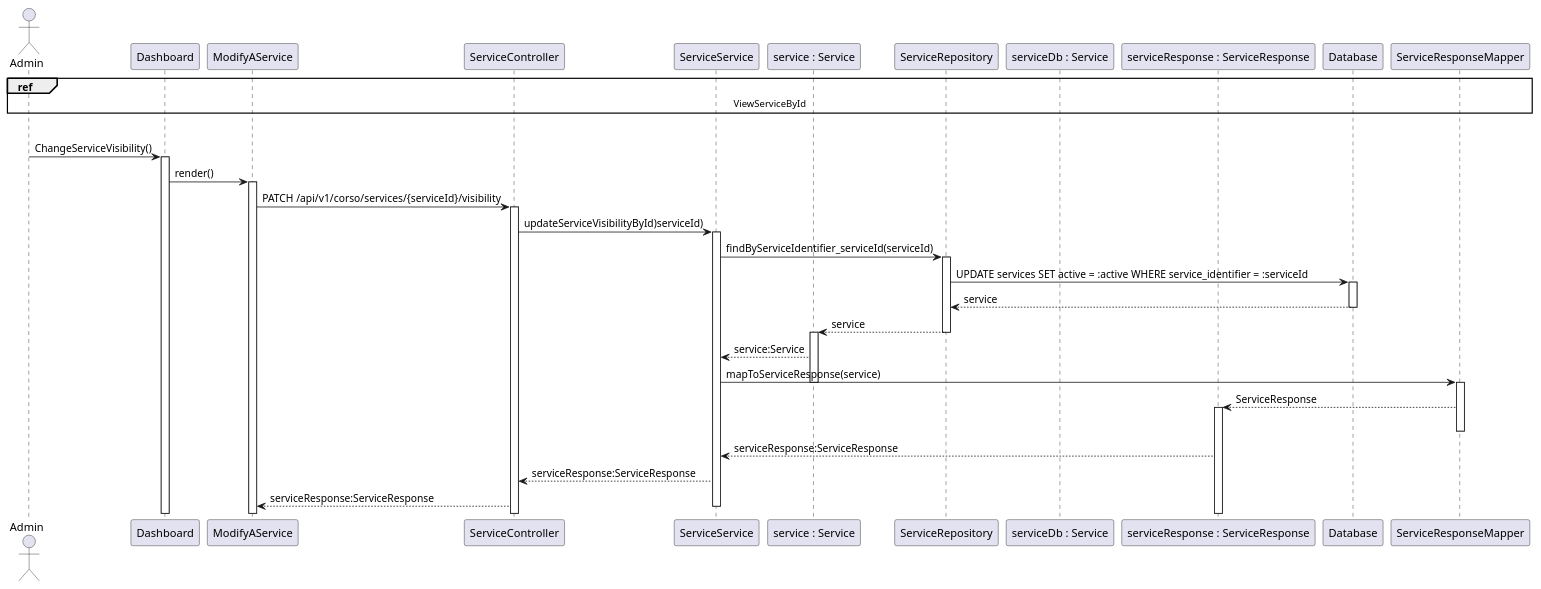
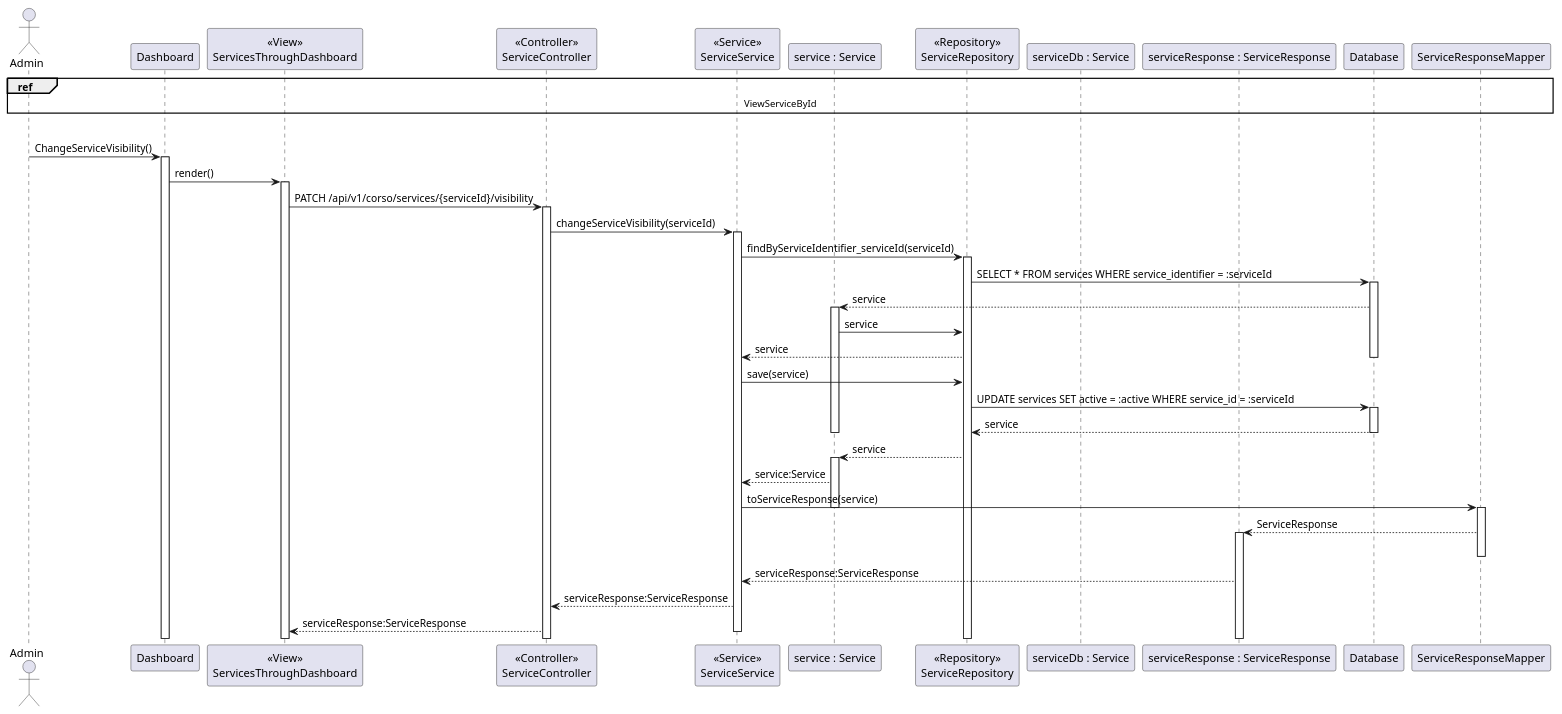
The diagram in Diagrams/LLSD/Services/change_service_visibility_llsd.puml (DylanBrass/Corso-Website), drawn with PlantUML before and after one commit. The commit also changed 22 other files, not shown here.

```diff
--- a/Diagrams/LLSD/Services/change_service_visibility_llsd.puml
+++ b/Diagrams/LLSD/Services/change_service_visibility_llsd.puml
@@ -1,73 +1,89 @@
 @startuml
 actor Admin
 
 participant "Dashboard" as DashB
 
-participant "ModifyAService" as ModServP
+participant "<<View>>\nServicesThroughDashboard" as ModServP
 
-participant "ServiceController" as Sc
+participant "<<Controller>>\nServiceController" as Sc
 
-participant "ServiceService" as Ss
+participant "<<Service>>\nServiceService" as Ss
 
 participant "service : Service" as S
 
-participant "ServiceRepository" as Srep
+participant "<<Repository>>\nServiceRepository" as Srep
 
 participant "serviceDb : Service" as Sdb
 
 participant "serviceResponse : ServiceResponse" as Sr
 
 participant "Database" as Db
 
 participant "ServiceResponseMapper" as SresM
 
 ref over Admin, DashB, ModServP, Sc, Sr, Ss, S, Srep, Sdb, Db, SresM
     ViewServiceById
 end ref
 
 opt
 Admin -> DashB : ChangeServiceVisibility()
 activate DashB
 DashB -> ModServP : render()
 activate ModServP
 
 ModServP -> Sc: PATCH /api/v1/corso/services/{serviceId}/visibility
 activate Sc
 
-Sc -> Ss: updateServiceVisibilityById)serviceId)
+Sc -> Ss: changeServiceVisibility(serviceId)
 activate Ss
 
 Ss -> Srep: findByServiceIdentifier_serviceId(serviceId)
 activate Srep
 
+Srep -> Db: SELECT * FROM services WHERE service_identifier = :serviceId
 
-Srep -> Db: UPDATE services SET active = :active WHERE service_identifier = :serviceId
+activate Db
+
+Db --> S: service
+activate S
+
+S -> Srep: service
+
+Srep --> Ss: service
+
+deactivate Db
+
+
+Ss -> Srep: save(service)
+
+Srep -> Db: UPDATE services SET active = :active WHERE service_id = :serviceId
 activate Db
 
 Db --> Srep: service
 deactivate Db
+deactivate S
 
 Srep --> S: service
-deactivate Srep
+
 
 activate S
 S --> Ss : service:Service
 
-Ss -> SresM: mapToServiceResponse(service)
+Ss -> SresM: toServiceResponse(service)
 deactivate S
 activate SresM
 
 SresM --> Sr: ServiceResponse
 
 activate Sr
 deactivate SresM
 
 Sr --> Ss: serviceResponse:ServiceResponse
 
 Ss --> Sc: serviceResponse:ServiceResponse
 
 Sc --> ModServP: serviceResponse:ServiceResponse
 
 deactivate Ss
 
 @enduml
```
